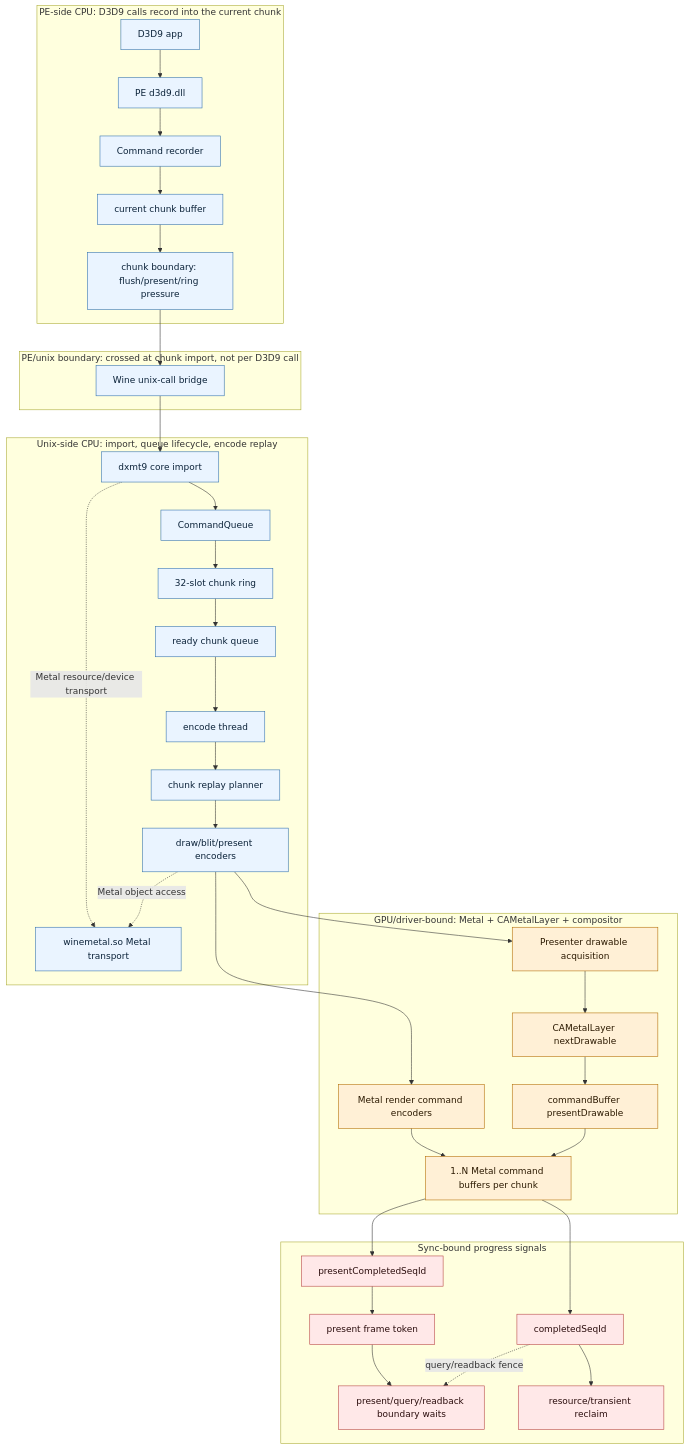
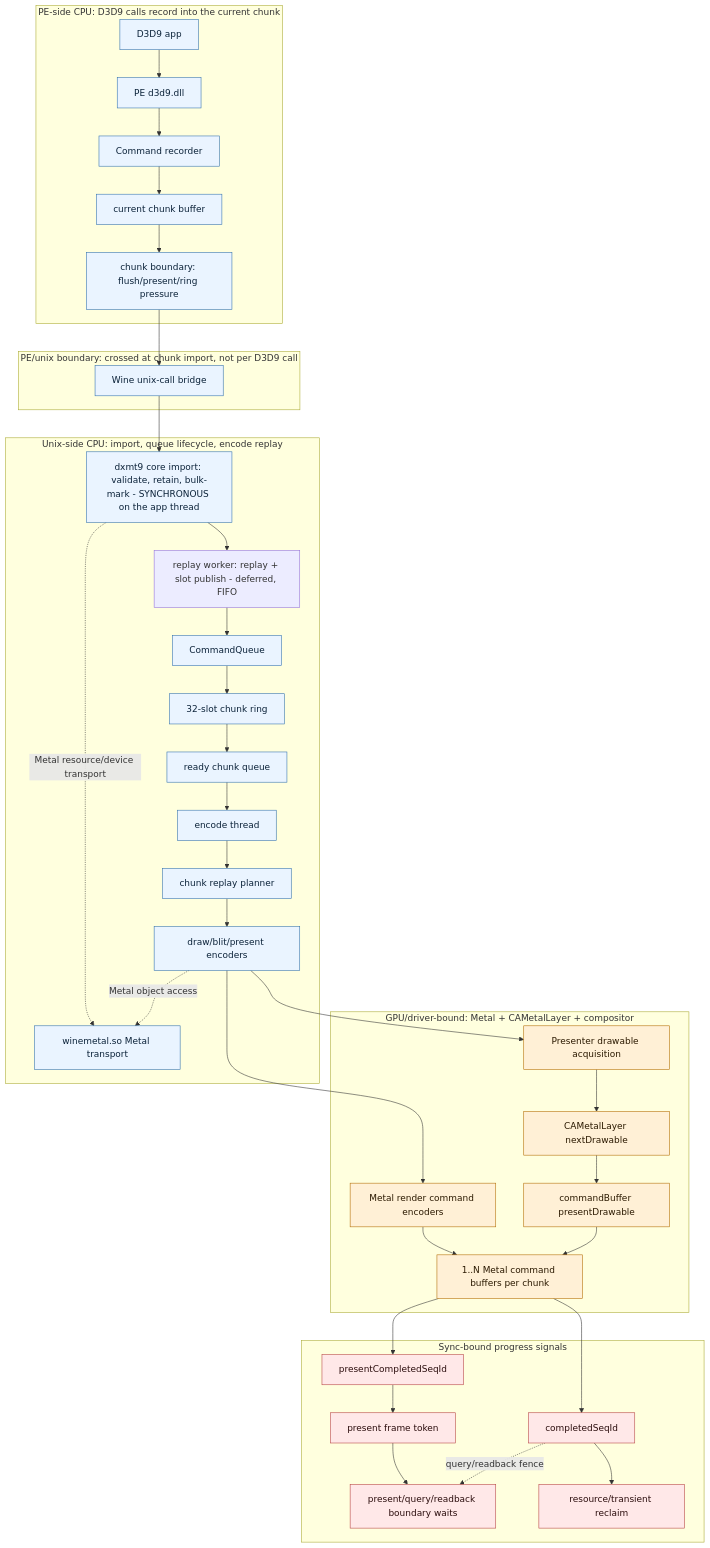
Before and after one commit to dfdgsdfg/dxmt9: the first of 11 diagrams in docs/perfomance/overview.md, drawn with Mermaid. The commit also changed other lines of this file and 4 other files, not shown here.

````diff
--- a/docs/perfomance/overview.md
+++ b/docs/perfomance/overview.md
@@ -151,61 +158,62 @@
 ```mermaid
 flowchart TD
   subgraph PECPU["PE-side CPU: D3D9 calls record into the current chunk"]
     App[D3D9 app]
     D3D9PE[PE d3d9.dll]
     Recorder[Command recorder]
     ChunkBuffer[current chunk buffer]
     ChunkBoundary[chunk boundary: flush/present/ring pressure]
   end
 
   subgraph ImportBoundary["PE/unix boundary: crossed at chunk import, not per D3D9 call"]
     UnixCall[Wine unix-call bridge]
   end
 
   subgraph UnixCPU["Unix-side CPU: import, queue lifecycle, encode replay"]
     WinemetalSO[winemetal.so Metal transport]
-    Core[dxmt9 core import]
+    Core[dxmt9 core import: validate, retain, bulk-mark - SYNCHRONOUS on the app thread]
+    Worker[replay worker: replay + slot publish - deferred, FIFO]
     CQ[CommandQueue]
     ChunkRing[32-slot chunk ring]
     Pending[ready chunk queue]
     EncodeThread[encode thread]
     Replay[chunk replay planner]
     DrawEnc[draw/blit/present encoders]
   end
 
   subgraph GPUDriver["GPU/driver-bound: Metal + CAMetalLayer + compositor"]
     SubCB[1..N Metal command buffers per chunk]
     RenderPass[Metal render command encoders]
     Presenter[Presenter drawable acquisition]
     Layer[CAMetalLayer nextDrawable]
     Present[commandBuffer presentDrawable]
   end
 
   subgraph Sync["Sync-bound progress signals"]
     Completed[completedSeqId]
     PresentCompleted[presentCompletedSeqId]
     PresentToken[present frame token]
     BoundaryWait[present/query/readback boundary waits]
     Reclaim[resource/transient reclaim]
   end
 
   App --> D3D9PE --> Recorder --> ChunkBuffer --> ChunkBoundary --> UnixCall
-  UnixCall --> Core --> CQ --> ChunkRing --> Pending --> EncodeThread --> Replay --> DrawEnc
+  UnixCall --> Core --> Worker --> CQ --> ChunkRing --> Pending --> EncodeThread --> Replay --> DrawEnc
   Core -. Metal resource/device transport .-> WinemetalSO
   DrawEnc -. Metal object access .-> WinemetalSO
   DrawEnc --> RenderPass --> SubCB
   DrawEnc --> Presenter --> Layer --> Present --> SubCB
   SubCB --> Completed
   SubCB --> PresentCompleted
   Completed --> Reclaim
   PresentCompleted --> PresentToken
   PresentToken --> BoundaryWait
   Completed -. query/readback fence .-> BoundaryWait
 
   classDef cpu fill:#eaf4ff,stroke:#2f6fad,color:#0b2239
   classDef gpu fill:#fff0d6,stroke:#b26b00,color:#2b1900
   classDef sync fill:#ffe8e8,stroke:#b64242,color:#2b0d0d
   class App,D3D9PE,Recorder,ChunkBuffer,ChunkBoundary,UnixCall,WinemetalSO,Core,CQ,ChunkRing,Pending,EncodeThread,Replay,DrawEnc cpu
   class SubCB,RenderPass,Presenter,Layer,Present gpu
   class Completed,PresentCompleted,PresentToken,BoundaryWait,Reclaim sync
 ```
````
